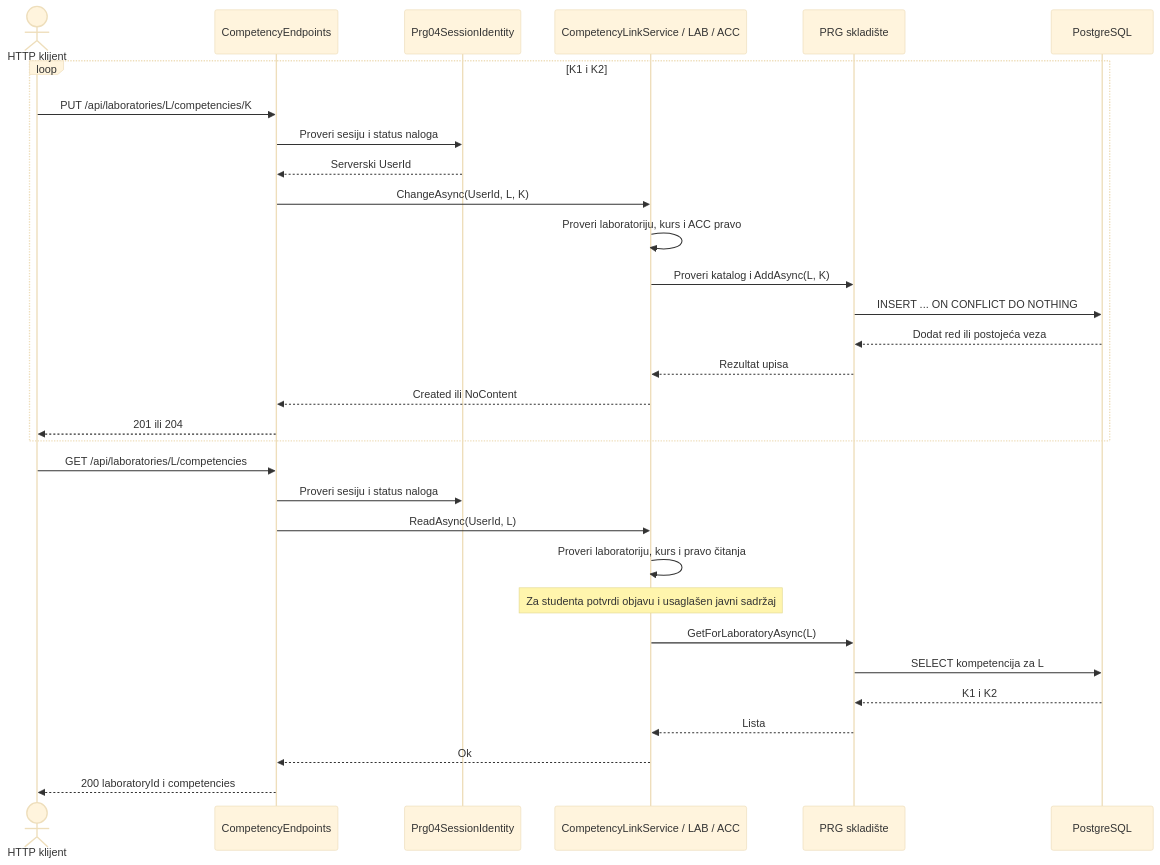
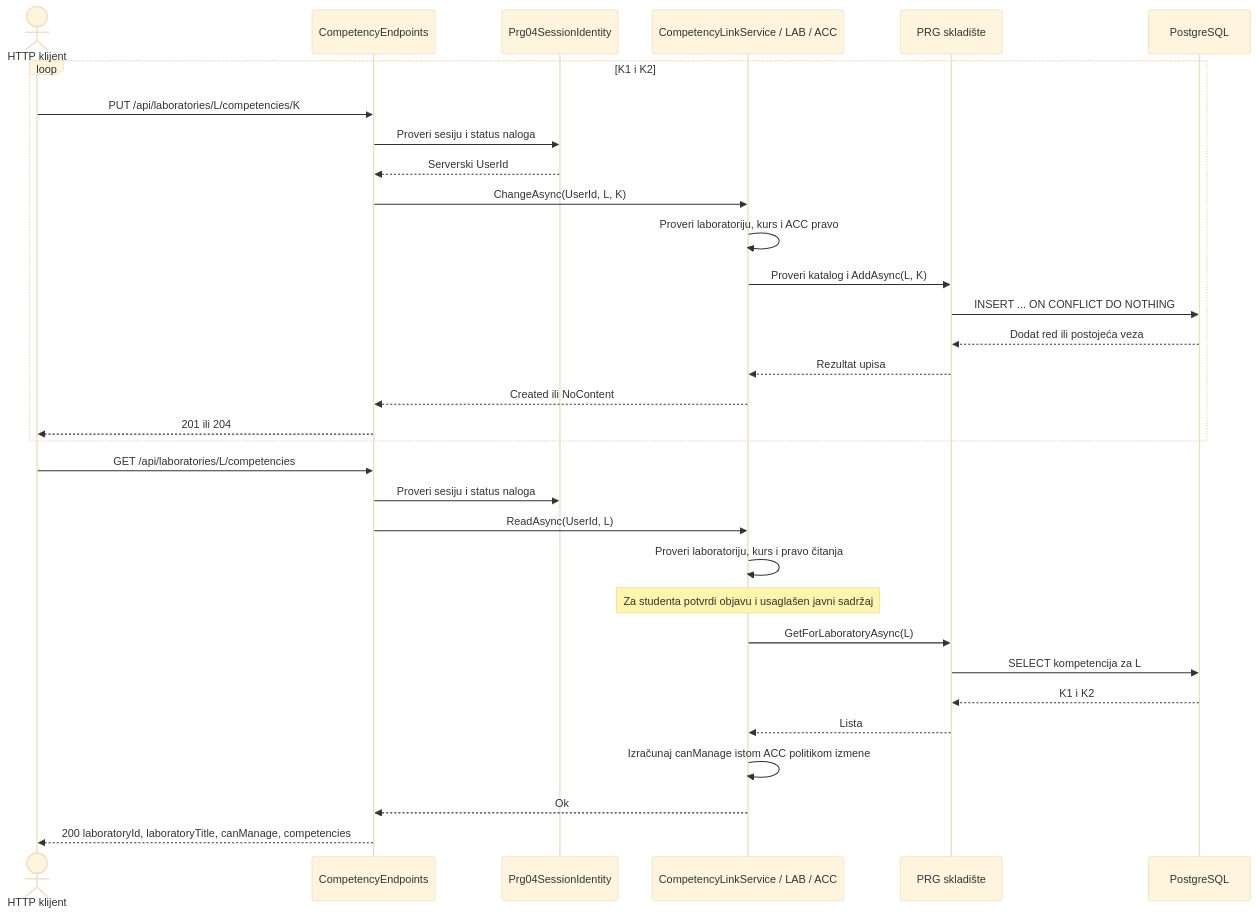
Before and after one commit to owlCoder/security-lab: the second of 2 diagrams in docs/components/PRG-04-mapping.md, drawn with Mermaid (base theme). The commit also changed other lines of this file and 23 other files, not shown here.

````diff
--- a/docs/components/PRG-04-mapping.md
+++ b/docs/components/PRG-04-mapping.md
@@ -72,35 +84,36 @@
 ```mermaid
 sequenceDiagram
   actor C as HTTP klijent
   participant E as CompetencyEndpoints
   participant I as Prg04SessionIdentity
   participant A as CompetencyLinkService / LAB / ACC
   participant S as PRG skladište
   participant DB as PostgreSQL
 
   loop K1 i K2
     C->>E: PUT /api/laboratories/L/competencies/K
     E->>I: Proveri sesiju i status naloga
     I-->>E: Serverski UserId
     E->>A: ChangeAsync(UserId, L, K)
     A->>A: Proveri laboratoriju, kurs i ACC pravo
     A->>S: Proveri katalog i AddAsync(L, K)
     S->>DB: INSERT ... ON CONFLICT DO NOTHING
     DB-->>S: Dodat red ili postojeća veza
     S-->>A: Rezultat upisa
     A-->>E: Created ili NoContent
     E-->>C: 201 ili 204
   end
 
   C->>E: GET /api/laboratories/L/competencies
   E->>I: Proveri sesiju i status naloga
   E->>A: ReadAsync(UserId, L)
   A->>A: Proveri laboratoriju, kurs i pravo čitanja
   Note over A: Za studenta potvrdi objavu i usaglašen javni sadržaj
   A->>S: GetForLaboratoryAsync(L)
   S->>DB: SELECT kompetencija za L
   DB-->>S: K1 i K2
   S-->>A: Lista
+  A->>A: Izračunaj canManage istom ACC politikom izmene
   A-->>E: Ok
-  E-->>C: 200 laboratoryId i competencies
+  E-->>C: 200 laboratoryId, laboratoryTitle, canManage, competencies
 ```
````
